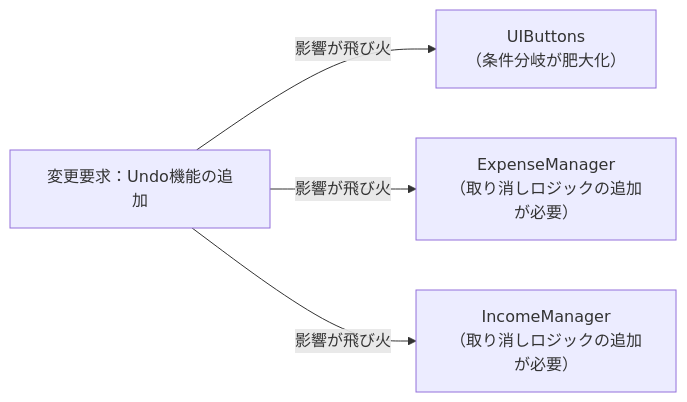
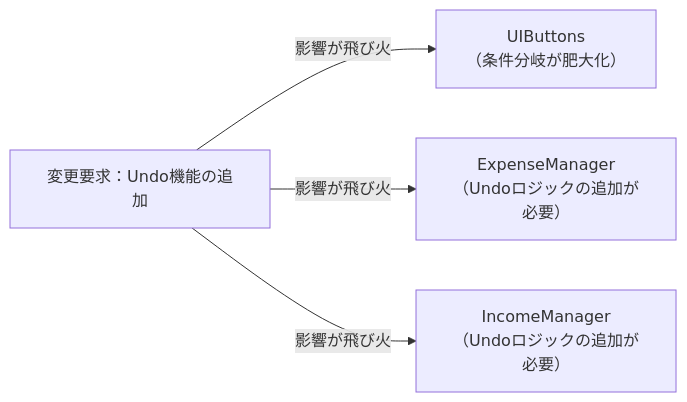
One commit to kumachan1101-pixel/DesignPattern changed the third of 6 diagrams in kindle/design-patterns/output/chapter05.md. Above: the diagram before and after it, drawn with Mermaid. The commit also changed other lines of this file and 14 other files, not shown here.

````diff
--- a/kindle/design-patterns/output/chapter05.md
+++ b/kindle/design-patterns/output/chapter05.md
@@ -376,7 +376,8 @@
 ```mermaid
 graph LR
-    T1["変更要求：Undo機能の追加"] -->|"影響が飛び火"| A["UIButtons<br>（条件分岐が肥大化）"]
-    T1 -->|"影響が飛び火"| B["ExpenseManager<br>（取り消しロジックの追加が必要）"]
-    T1 -->|"影響が飛び火"| C["IncomeManager<br>（取り消しロジックの追加が必要）"]
+    T1["変更要求：Undo機能の追加"]
+        -->|"影響が飛び火"| A["UIButtons<br>（条件分岐が肥大化）"]
+    T1 -->|"影響が飛び火"| B["ExpenseManager<br>（Undoロジックの追加が必要）"]
+    T1 -->|"影響が飛び火"| C["IncomeManager<br>（Undoロジックの追加が必要）"]
 
 ```
````
